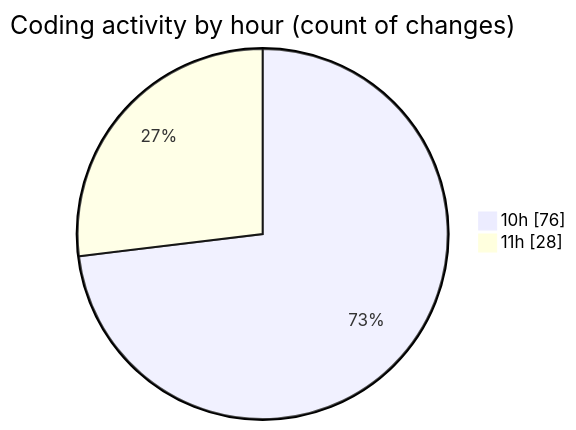
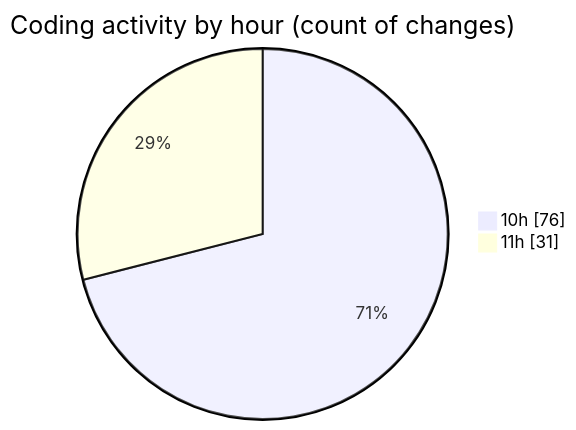
Before and after one commit to lephambinh05/code-tracking: the second of 2 diagrams in 2025-08-18/vps-v1/README.md, drawn with Mermaid. The commit also changed other lines of this file and 1 other file, not shown here.

````diff
--- a/2025-08-18/vps-v1/README.md
+++ b/2025-08-18/vps-v1/README.md
@@ -89,6 +90,6 @@
 ```mermaid
 pie showData
 title Coding activity by hour (count of changes)
 "10h" : 76
-"11h" : 28
+"11h" : 31
 ```
````
